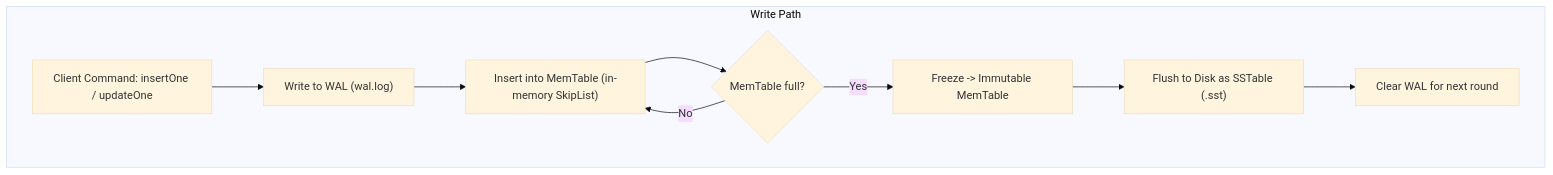
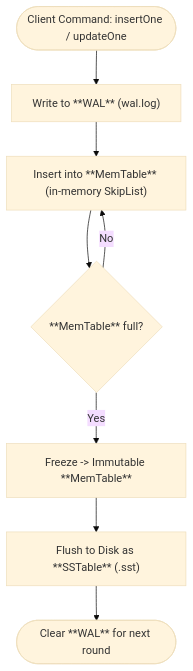
The first of 2 diagrams in README.md (nconghau/MiniDBGo), drawn with Mermaid (base theme) before and after one commit. The commit also changed other lines of this file, not shown here.

````diff
--- a/README.md
+++ b/README.md
@@ -31,12 +30,10 @@
 ```mermaid
 flowchart TD
-    subgraph Write Path
-        A[Client Command: insertOne / updateOne] --> B["Write to WAL (wal.log)"]
-        B --> C["Insert into MemTable (in-memory SkipList)"]
-        C --> D{MemTable full?}
-        D -->|No| C
-        D -->|Yes| E[Freeze -> Immutable MemTable]
-        E --> F["Flush to Disk as SSTable (.sst)"]
-        F --> G[Clear WAL for next round]
-    end
+  A([Client Command: insertOne / updateOne]) --> B["Write to **WAL** (wal.log)"]
+  B --> C["Insert into **MemTable** (in-memory SkipList)"]
+  C --> D{**MemTable** full?}
+  D -->|No| C
+  D -->|Yes| E[Freeze -> Immutable **MemTable**]
+  E --> F["Flush to Disk as **SSTable** (.sst)"]
+  F --> G([Clear **WAL** for next round])
 ```
````
